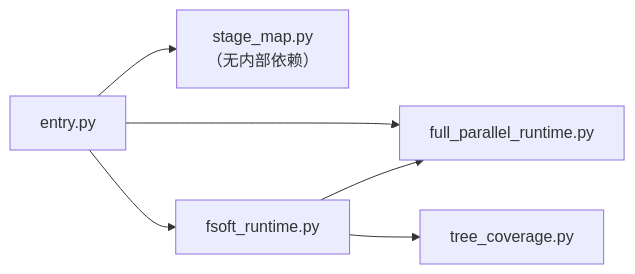
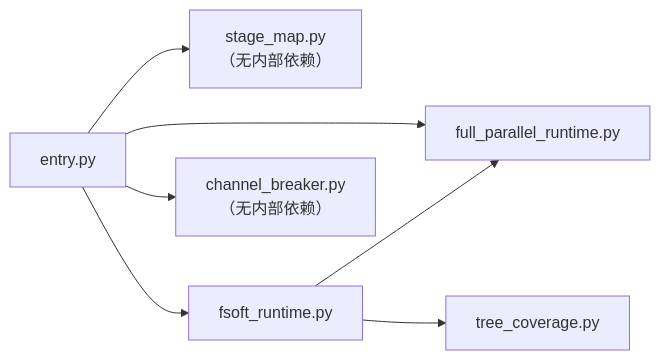
The second of 12 diagrams in .codewiki/_native-state/docs/Execution_Runtime___Vendored_Engine/engine-python-runtime.md (ikliml666/dsh-codewiki), drawn with Mermaid before and after one commit. The commit also changed other lines of this file and 40 other files, not shown here.

````diff
--- a/.codewiki/_native-state/docs/Execution_Runtime___Vendored_Engine/engine-python-runtime.md
+++ b/.codewiki/_native-state/docs/Execution_Runtime___Vendored_Engine/engine-python-runtime.md
@@ -129,14 +137,16 @@
 ```mermaid
 flowchart LR
     EN["entry.py"]
     SM["stage_map.py<br/>（无内部依赖）"]
     FP["full_parallel_runtime.py"]
     FR["fsoft_runtime.py"]
     TC["tree_coverage.py"]
+    CB["channel_breaker.py<br/>（无内部依赖）"]
 
     EN --> SM
     EN --> FP
     EN --> FR
+    EN --> CB
     FR --> FP
     FR --> TC
 ```
````
